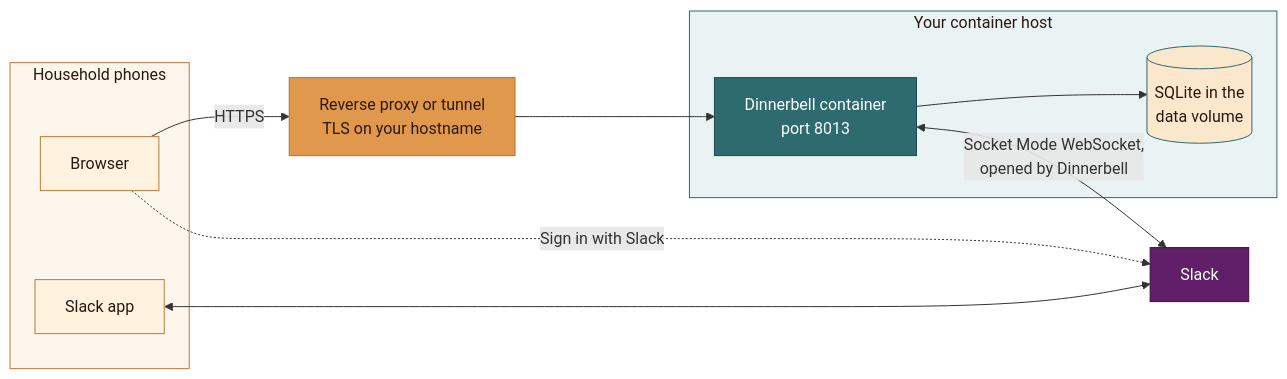
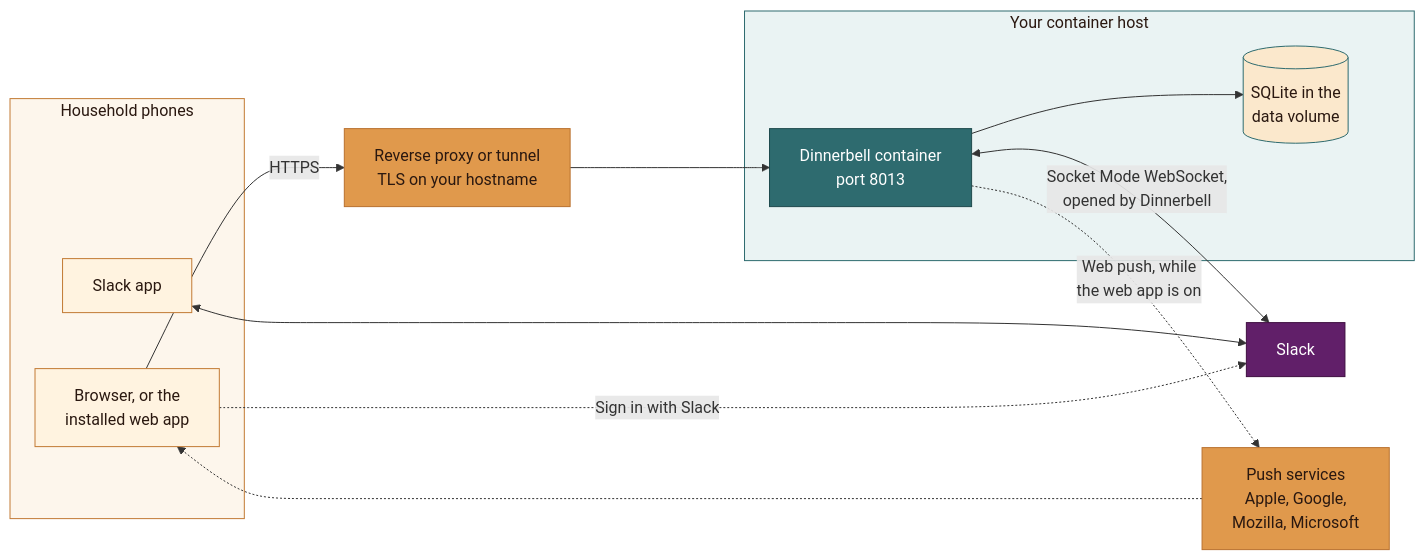
Before and after one commit to dsmorgan/dinnerbell: the second of 2 diagrams in README.md, drawn with Mermaid. The commit also changed other lines of this file and 12 other files, not shown here.

First line of the commit message:
Cover the web app in the README and shorten the setup guide

````diff
--- a/README.md
+++ b/README.md
@@ -59,35 +61,39 @@
 ```mermaid
 flowchart LR
     subgraph phones["Household phones"]
         slackapp["Slack app"]
-        browser["Browser"]
+        browser["Browser, or the<br/>installed web app"]
     end
 
     slack["Slack"]
+    push["Push services<br/>Apple, Google,<br/>Mozilla, Microsoft"]
     proxy["Reverse proxy or tunnel<br/>TLS on your hostname"]
 
     subgraph host["Your container host"]
         app["Dinnerbell container<br/>port 8013"]
         db[("SQLite in the<br/>data volume")]
     end
 
     slackapp <--> slack
     app <-->|"Socket Mode WebSocket,<br/>opened by Dinnerbell"| slack
     browser -->|"HTTPS"| proxy
     browser -.->|"Sign in with Slack"| slack
     proxy --> app
+    app -.->|"Web push, while<br/>the web app is on"| push
+    push -.-> browser
     app --> db
 
     classDef device fill:#FFF3E0,stroke:#C27A34,color:#2A1810
     classDef slackc fill:#611F69,stroke:#3F0E40,color:#FFFFFF
     classDef proxyc fill:#E0994C,stroke:#B9712F,color:#2A1810
     classDef appc fill:#2E6B6F,stroke:#1F4A4D,color:#FFFFFF
     classDef dbc fill:#FBE8CC,stroke:#2E6B6F,color:#2A1810
     class slackapp,browser device
     class slack slackc
+    class push proxyc
     class proxy proxyc
     class app appc
     class db dbc
     style phones fill:#FDF6EC,stroke:#C27A34,color:#2A1810
     style host fill:#EAF3F3,stroke:#2E6B6F,color:#2A1810
 ```
````
